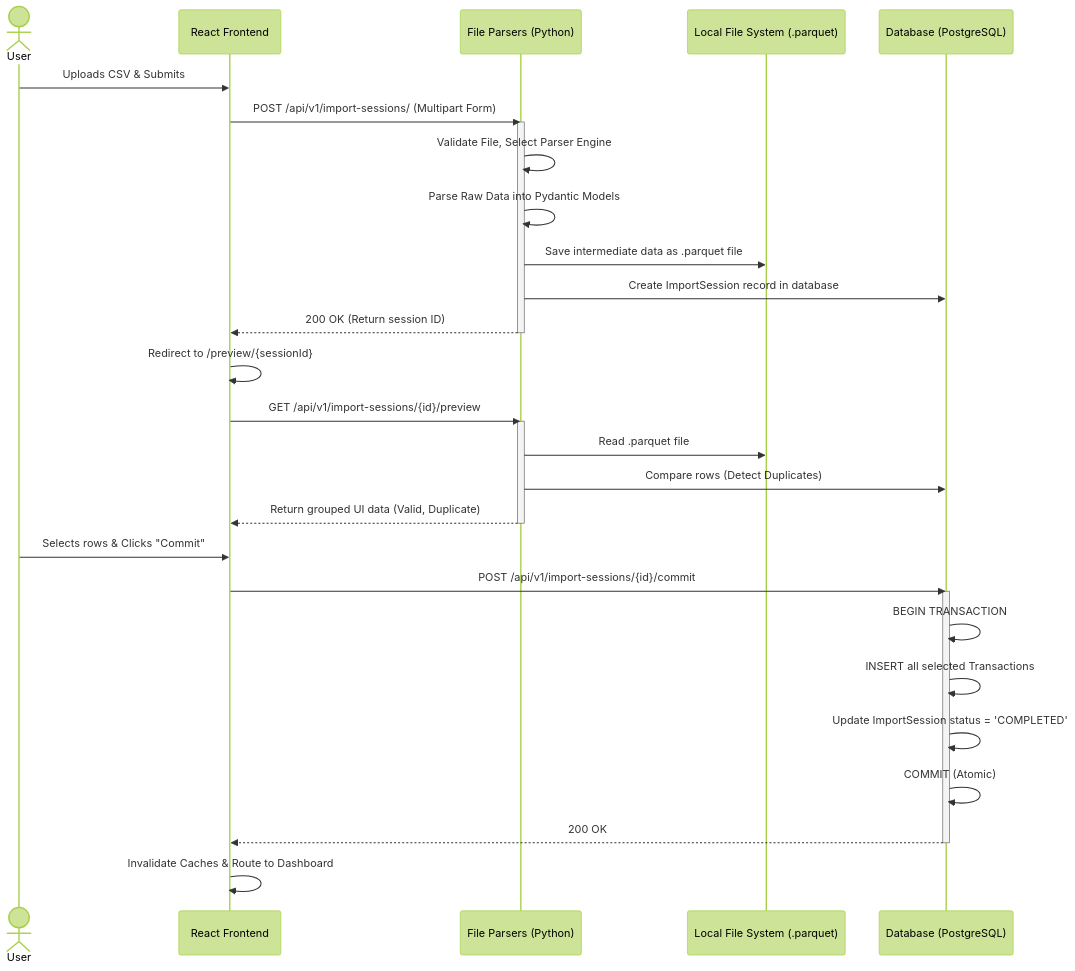
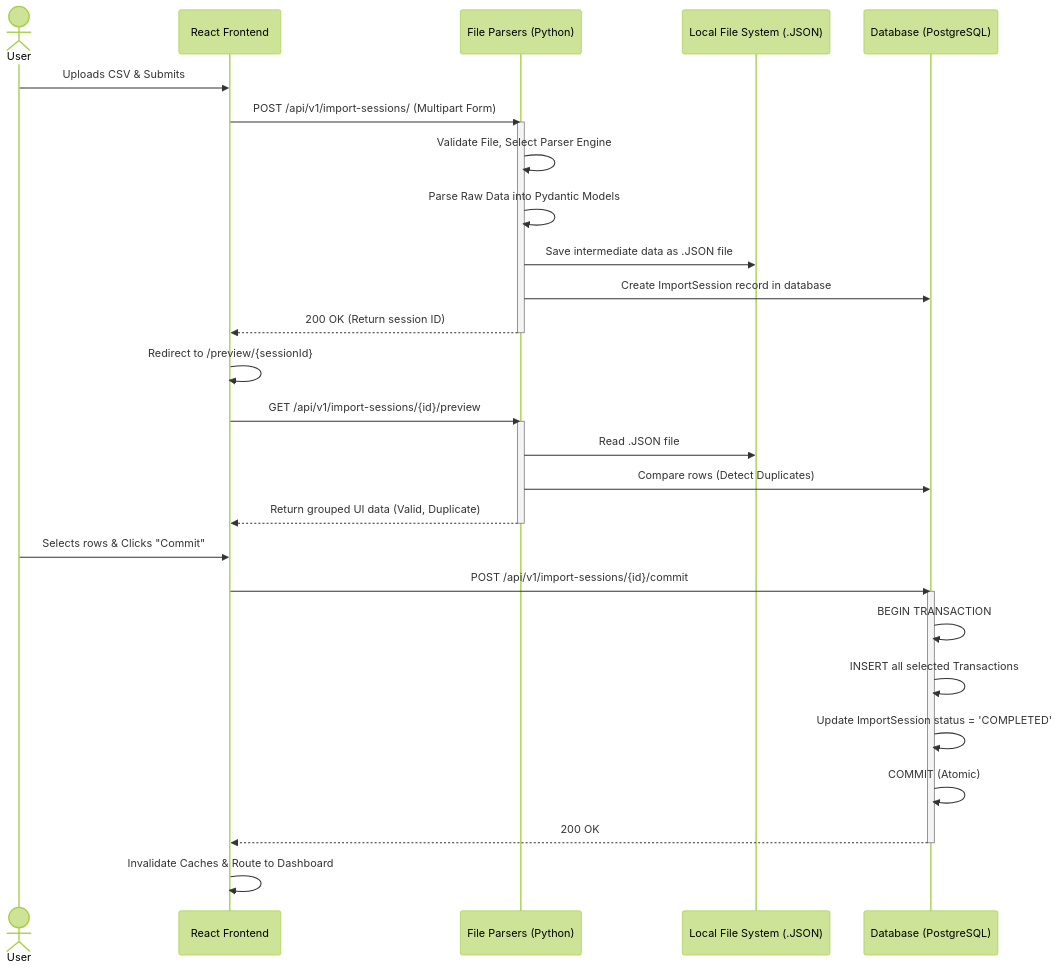
The third of 4 diagrams in docs/code_flow_guide.md (aashishbhanawat/ArthSaarthi), drawn with Mermaid (forest theme) before and after one commit. The commit also changed 1 other file, not shown here.

Commit message:
test: update import tests and docs for JSON transition

````diff
--- a/docs/code_flow_guide.md
+++ b/docs/code_flow_guide.md
@@ -160,41 +160,41 @@
 ```mermaid
 sequenceDiagram
     actor User
     participant Frontend as React Frontend
     participant Parser as File Parsers (Python)
-    participant Staging as Local File System (.parquet)
+    participant Staging as Local File System (.JSON)
     participant DB as Database (PostgreSQL)
 
     %% Step 1: Upload & Parsing
     User->>Frontend: Uploads CSV & Submits
     Frontend->>Parser: POST /api/v1/import-sessions/ (Multipart Form)
     activate Parser
     Parser->>Parser: Validate File, Select Parser Engine
     Parser->>Parser: Parse Raw Data into Pydantic Models
-    Parser->>Staging: Save intermediate data as .parquet file
+    Parser->>Staging: Save intermediate data as .JSON file
     Parser->>DB: Create ImportSession record in database
     Parser-->>Frontend: 200 OK (Return session ID)
     deactivate Parser
     
     %% Step 2: Preview
     Frontend->>Frontend: Redirect to /preview/{sessionId}
     Frontend->>Parser: GET /api/v1/import-sessions/{id}/preview
     activate Parser
-    Parser->>Staging: Read .parquet file
+    Parser->>Staging: Read .JSON file
     Parser->>DB: Compare rows (Detect Duplicates)
     Parser-->>Frontend: Return grouped UI data (Valid, Duplicate)
     deactivate Parser
     
     %% Step 3: Commit
     User->>Frontend: Selects rows & Clicks "Commit"
     Frontend->>DB: POST /api/v1/import-sessions/{id}/commit
     activate DB
     DB->>DB: BEGIN TRANSACTION
     DB->>DB: INSERT all selected Transactions
     DB->>DB: Update ImportSession status = 'COMPLETED'
     DB->>DB: COMMIT (Atomic)
     DB-->>Frontend: 200 OK
     deactivate DB
     
     Frontend->>Frontend: Invalidate Caches & Route to Dashboard
 ```
````
